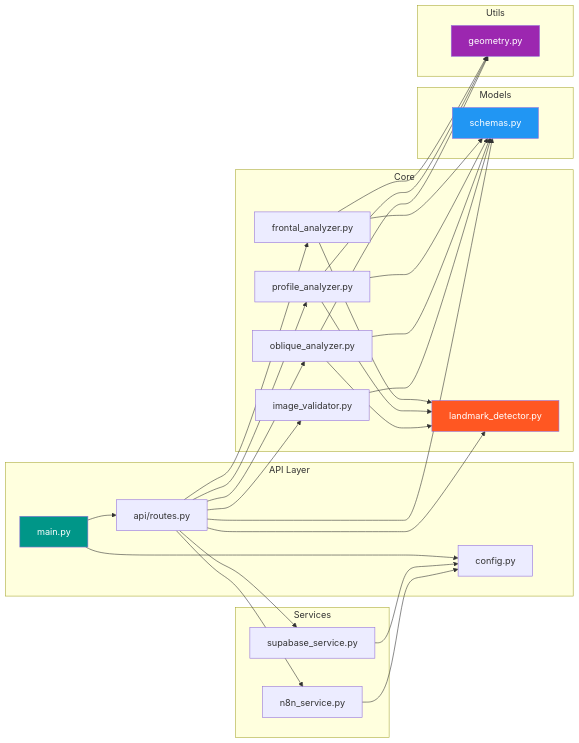
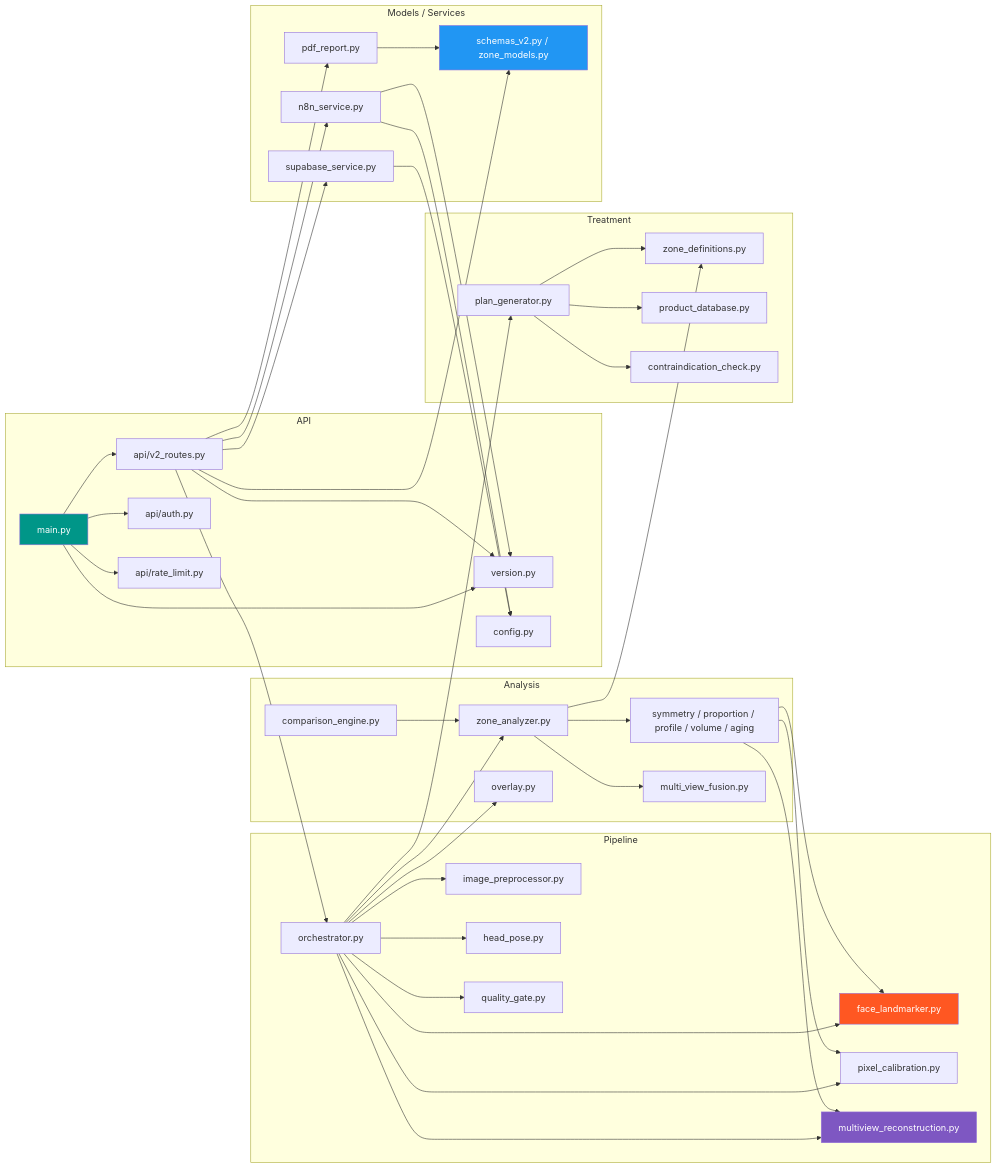
One commit to JNassar77/aesthetic-biometrics-engine changed the fifth of 6 diagrams in docs/GRAPH.md. Above: the diagram before and after it, drawn with Mermaid. The commit also changed other lines of this file and 1 other file, not shown here.

First line of the commit message:
docs: full V1→V2 refresh of FEATURES.md + GRAPH.md

````diff
--- a/docs/GRAPH.md
+++ b/docs/GRAPH.md
@@ -168,59 +181,55 @@
 ```mermaid
 graph LR
-    subgraph "API Layer"
+    subgraph "API"
         MAIN[main.py]
-        ROUTES[api/routes.py]
+        ROUTES[api/v2_routes.py]
+        AUTH[api/auth.py]
+        RL[api/rate_limit.py]
+        VER[version.py]
         CONFIG[config.py]
     end
-
-    subgraph "Core"
-        LD[landmark_detector.py]
-        IV[image_validator.py]
-        FA[frontal_analyzer.py]
-        PA[profile_analyzer.py]
-        OA[oblique_analyzer.py]
+    subgraph "Pipeline"
+        ORCH[orchestrator.py]
+        PRE[image_preprocessor.py]
+        FL[face_landmarker.py]
+        HP[head_pose.py]
+        QG[quality_gate.py]
+        CAL[pixel_calibration.py]
+        REC[multiview_reconstruction.py]
+    end
+    subgraph "Analysis"
+        ENG[symmetry / proportion / profile / volume / aging]
+        FUSE[multi_view_fusion.py]
+        ZA[zone_analyzer.py]
+        OV[overlay.py]
+        CMP[comparison_engine.py]
+    end
+    subgraph "Treatment"
+        ZD[zone_definitions.py]
+        PDB[product_database.py]
+        PLAN[plan_generator.py]
+        CONTRA[contraindication_check.py]
+    end
+    subgraph "Models / Services"
+        SCH[schemas_v2.py / zone_models.py]
+        SUPA[supabase_service.py]
+        N8NS[n8n_service.py]
+        PDFR[pdf_report.py]
     end
 
-    subgraph "Models"
-        SCHEMAS[schemas.py]
-    end
-
-    subgraph "Services"
-        SUPA[supabase_service.py]
-        N8NS[n8n_service.py]
-    end
-
-    subgraph "Utils"
-        GEO[geometry.py]
-    end
-
-    MAIN --> ROUTES
-    MAIN --> CONFIG
-    ROUTES --> LD
-    ROUTES --> IV
-    ROUTES --> FA
-    ROUTES --> PA
-    ROUTES --> OA
-    ROUTES --> SUPA
-    ROUTES --> N8NS
-    ROUTES --> SCHEMAS
-
-    FA --> LD
-    PA --> LD
-    OA --> LD
-    FA --> GEO
-    PA --> GEO
-    OA --> GEO
-    FA --> SCHEMAS
-    PA --> SCHEMAS
-    OA --> SCHEMAS
-    IV --> SCHEMAS
-
+    MAIN --> ROUTES & AUTH & RL & VER
+    ROUTES --> ORCH & SCH & SUPA & N8NS & PDFR & VER
+    ORCH --> PRE & FL & HP & QG & CAL & REC & ZA & PLAN & OV
+    ZA --> ENG & FUSE & ZD
+    ENG --> REC & FL & CAL
+    PLAN --> PDB & CONTRA & ZD
+    CMP --> ZA
     SUPA --> CONFIG
-    N8NS --> CONFIG
+    N8NS --> CONFIG & VER
+    PDFR --> SCH
 
     style MAIN fill:#009688,color:#fff
-    style LD fill:#FF5722,color:#fff
-    style SCHEMAS fill:#2196F3,color:#fff
-    style GEO fill:#9C27B0,color:#fff
+    style FL fill:#FF5722,color:#fff
+    style REC fill:#7E57C2,color:#fff
+    style SCH fill:#2196F3,color:#fff
 ```
````
